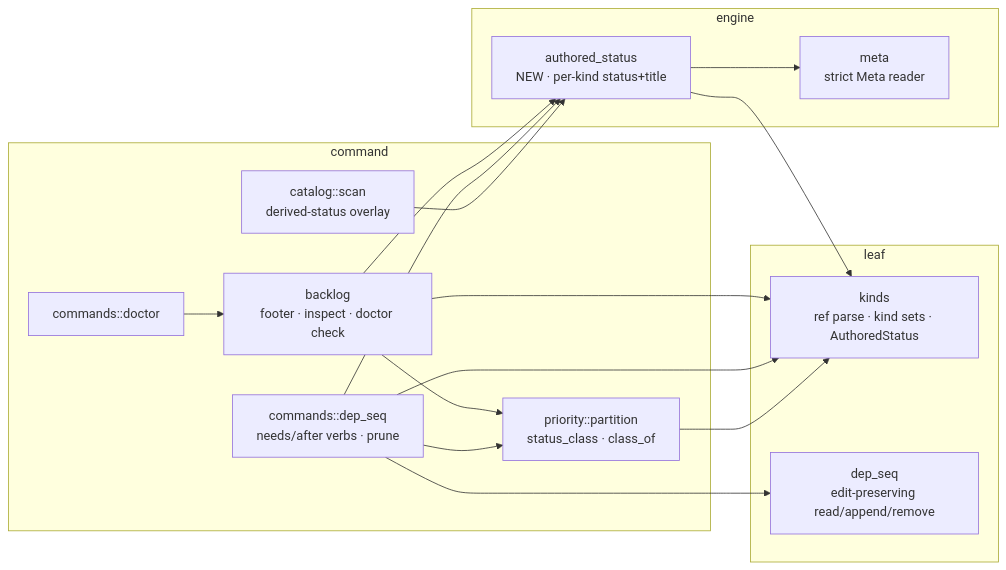
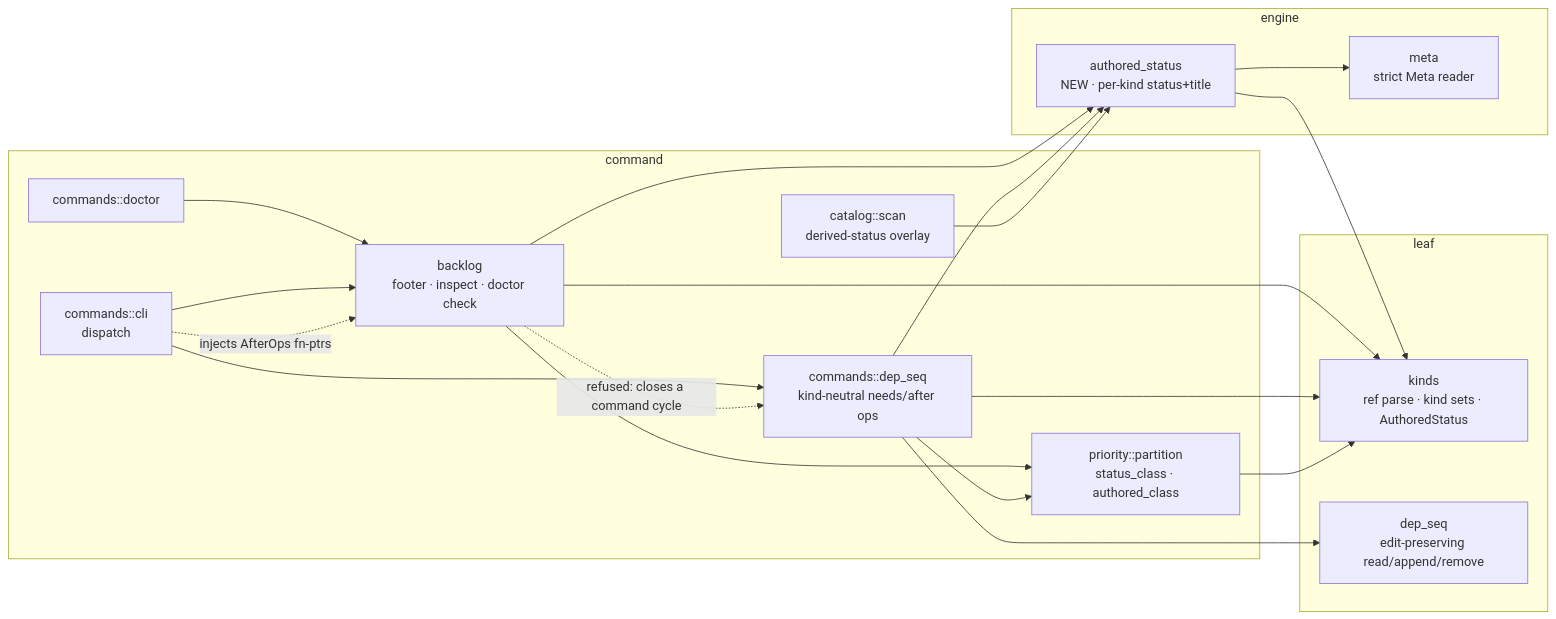
Before and after one commit to davidlee/doctrine: the first of 2 diagrams in .doctrine/slice/238/design.md, drawn with Mermaid. The commit also changed other lines of this file and 22 other files, not shown here.

````diff
--- a/.doctrine/slice/238/design.md
+++ b/.doctrine/slice/238/design.md
@@ -128,30 +128,35 @@
 ```mermaid
 flowchart LR
   subgraph leaf
     K["kinds<br/>ref parse · kind sets · AuthoredStatus"]
     DS["dep_seq<br/>edit-preserving read/append/remove"]
   end
   subgraph engine
     M["meta<br/>strict Meta reader"]
     AS["authored_status<br/>NEW · per-kind status+title"]
   end
   subgraph command
     BL["backlog<br/>footer · inspect · doctor check"]
-    CD["commands::dep_seq<br/>needs/after verbs · prune"]
-    P["priority::partition<br/>status_class · class_of"]
+    CD["commands::dep_seq<br/>kind-neutral needs/after ops"]
+    CLI["commands::cli<br/>dispatch"]
+    P["priority::partition<br/>status_class · authored_class"]
     CS["catalog::scan<br/>derived-status overlay"]
     D["commands::doctor"]
   end
   BL --> AS
   BL --> K
   BL --> P
   CD --> AS
   CD --> K
   CD --> P
   CD --> DS
   CS --> AS
   AS --> M
   AS --> K
   P --> K
   D --> BL
+  CLI --> BL
+  CLI --> CD
+  CLI -.->|injects AfterOps fn-ptrs| BL
+  BL -.->|refused: closes a command cycle| CD
 ```
````
